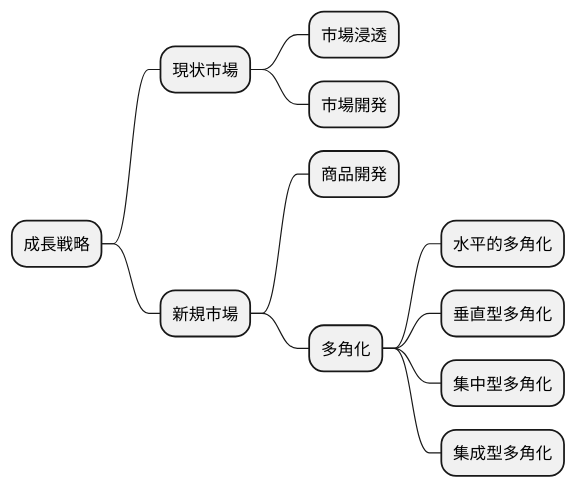
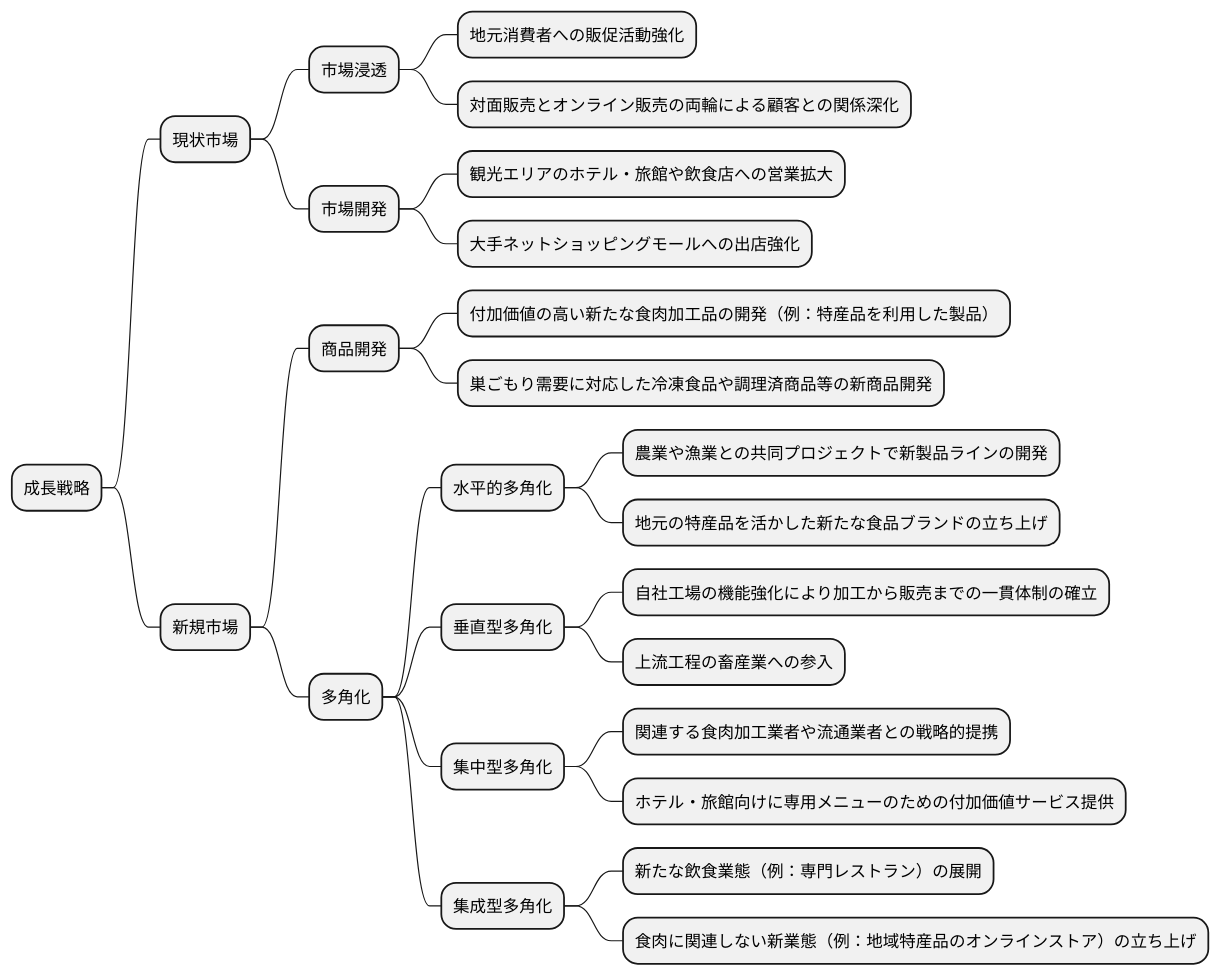
Before and after one commit to k2works/case-sutudy-business-analysis: the fifth of 15 diagrams in docs/case/r04_case_2.adoc, drawn with PlantUML. The commit also changed other lines of this file, not shown here.

```diff
--- a/docs/case/r04_case_2.adoc
+++ b/docs/case/r04_case_2.adoc
@@ -243,17 +244,30 @@
 [plantuml]
 ----
 @startmindmap
 * 成長戦略
 ** 現状市場
 *** 市場浸透
+**** 地元消費者への販促活動強化
+**** 対面販売とオンライン販売の両輪による顧客との関係深化
 *** 市場開発
+**** 観光エリアのホテル・旅館や飲食店への営業拡大
+**** 大手ネットショッピングモールへの出店強化
 ** 新規市場
 *** 商品開発
+**** 付加価値の高い新たな食肉加工品の開発（例：特産品を利用した製品）
+**** 巣ごもり需要に対応した冷凍食品や調理済商品等の新商品開発
 *** 多角化
 **** 水平的多角化
+***** 農業や漁業との共同プロジェクトで新製品ラインの開発
+***** 地元の特産品を活かした新たな食品ブランドの立ち上げ
 **** 垂直型多角化
+***** 自社工場の機能強化により加工から販売までの一貫体制の確立
+***** 上流工程の畜産業への参入
 **** 集中型多角化
+***** 関連する食肉加工業者や流通業者との戦略的提携
+***** ホテル・旅館向けに専用メニューのための付加価値サービス提供
 **** 集成型多角化
-
+***** 新たな飲食業態（例：専門レストラン）の展開
+***** 食肉に関連しない新業態（例：地域特産品のオンラインストア）の立ち上げ
 @endmindmap
 ----
```
